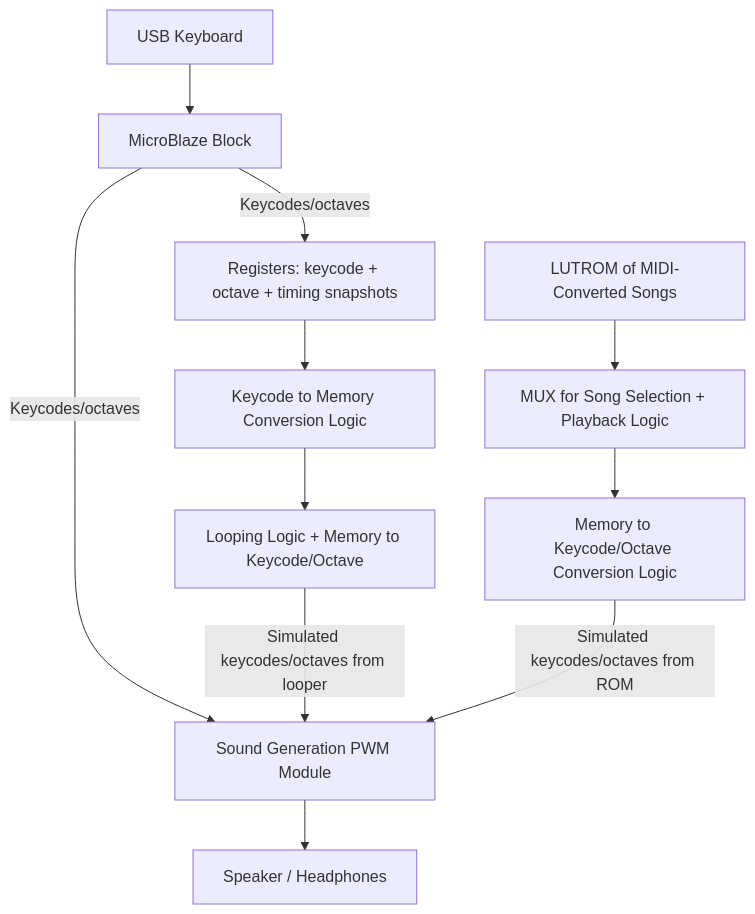
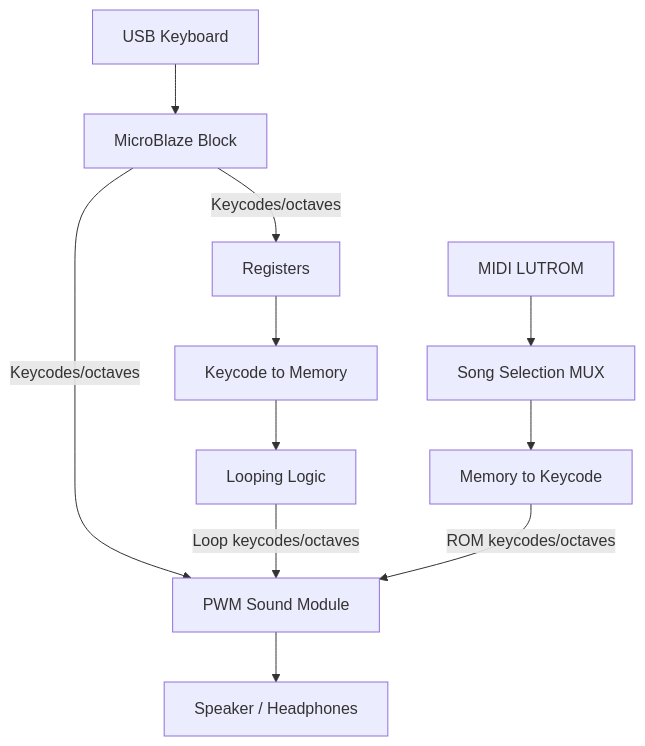
Before and after one commit to springpachy/Polyphonic-Synth: the first of 2 diagrams in README.md, drawn with Mermaid.

````diff
--- a/README.md
+++ b/README.md
@@ -20,17 +20,17 @@
 ```mermaid
 flowchart TD
     USB[USB Keyboard] --> MB[MicroBlaze Block]
 
-    MB -->|Keycodes/octaves| PWM[Sound Generation PWM Module]
-    MB -->|Keycodes/octaves| REG[Registers: keycode + octave + timing snapshots]
+    MB -->|Keycodes/octaves| REG[Registers]
+    MB -->|Keycodes/octaves| PWM[PWM Sound Module]
 
-    REG --> KC2MEM[Keycode to Memory Conversion Logic]
-    KC2MEM --> LOOP[Looping Logic + Memory to Keycode/Octave]
-    LOOP -->|Simulated keycodes/octaves from looper| PWM
+    REG --> KC2MEM[Keycode to Memory]
+    KC2MEM --> LOOP[Looping Logic]
+    LOOP -->|Loop keycodes/octaves| PWM
 
-    LUTROM[LUTROM of MIDI-Converted Songs] --> MUX[MUX for Song Selection + Playback Logic]
-    MUX --> MEM2KC[Memory to Keycode/Octave Conversion Logic]
-    MEM2KC -->|Simulated keycodes/octaves from ROM| PWM
+    LUTROM[MIDI LUTROM] --> MUX[Song Selection MUX]
+    MUX --> MEM2KC[Memory to Keycode]
+    MEM2KC -->|ROM keycodes/octaves| PWM
 
     PWM --> SPK[Speaker / Headphones]
 ```
````
